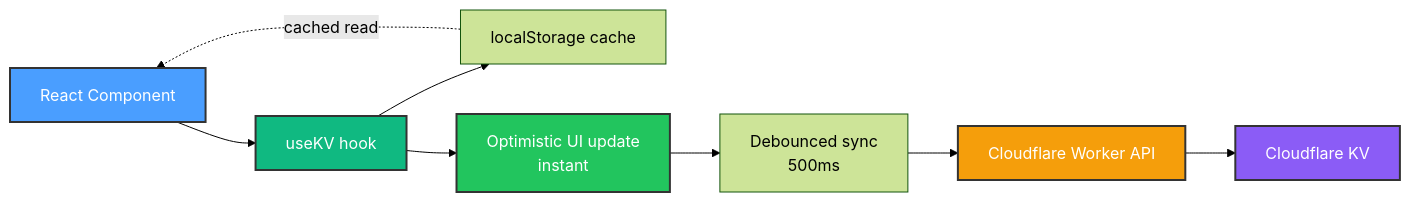
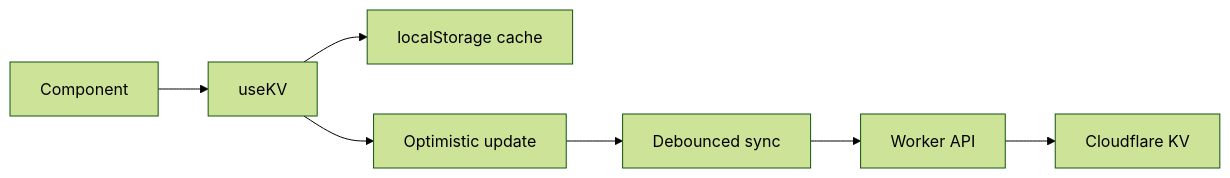
The diagram in .github/instructions/copilot-instructions.md (and3rn3t/homehub), drawn with Mermaid (forest theme) before and after one commit. The commit also changed other lines of this file and 10 other files, not shown here.

````diff
--- a/.github/instructions/copilot-instructions.md
+++ b/.github/instructions/copilot-instructions.md
@@ -32,16 +27,9 @@
 ```mermaid
 graph LR
-    A[React Component] --> B[useKV hook]
+    A[Component] --> B[useKV]
     B --> C[localStorage cache]
-    B --> D[Optimistic UI update<br/>instant]
-    D --> E[Debounced sync<br/>500ms]
-    E --> F[Cloudflare Worker API]
+    B --> D[Optimistic update]
+    D --> E[Debounced sync]
+    E --> F[Worker API]
     F --> G[Cloudflare KV]
-    C -.cached read.-> A
-
-    style A fill:#4a9eff,stroke:#333,stroke-width:2px,color:#fff
-    style B fill:#10b981,stroke:#333,stroke-width:2px,color:#fff
-    style D fill:#22c55e,stroke:#333,stroke-width:2px,color:#fff
-    style F fill:#f59e0b,stroke:#333,stroke-width:2px,color:#fff
-    style G fill:#8b5cf6,stroke:#333,stroke-width:2px,color:#fff
 ```
````
